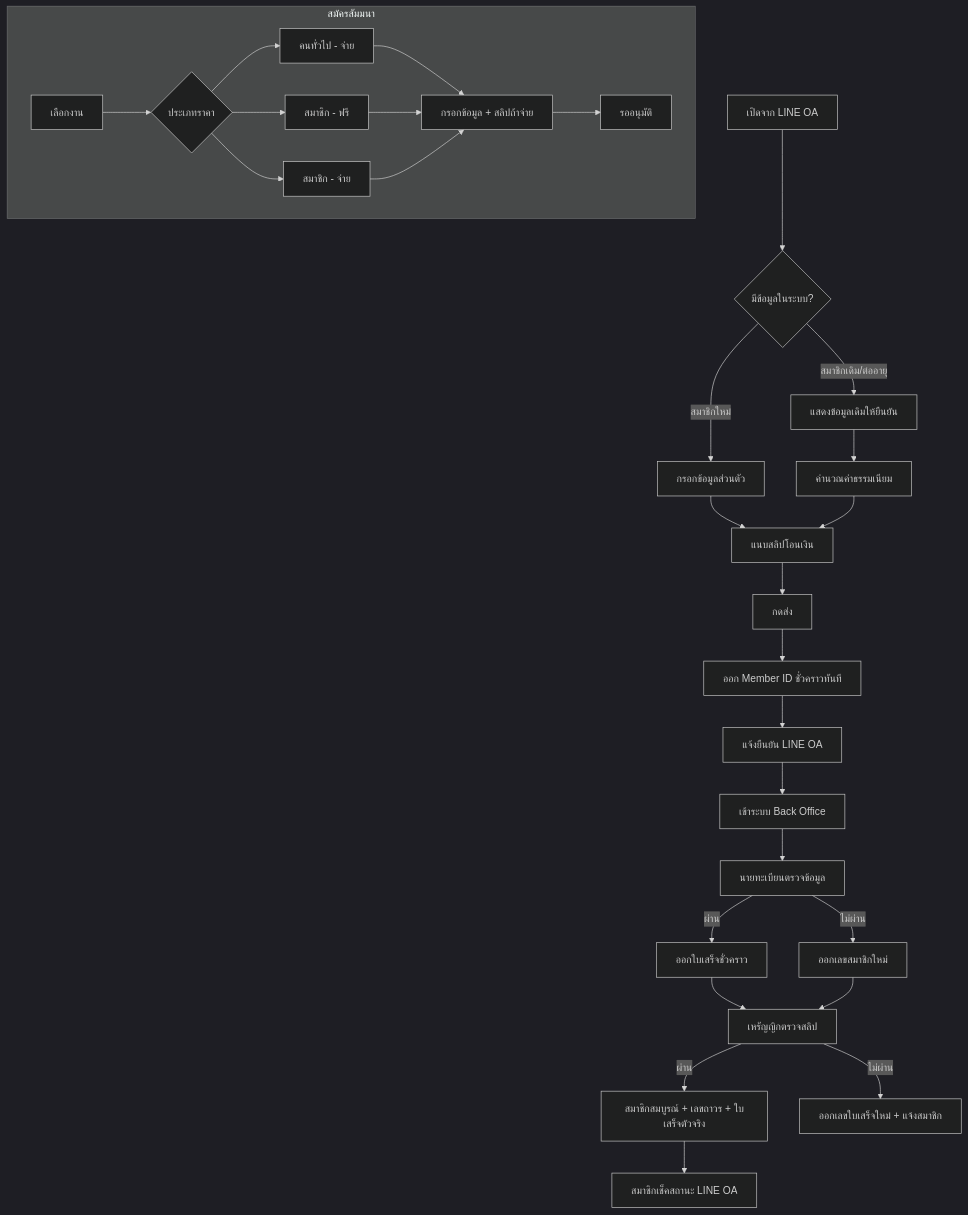
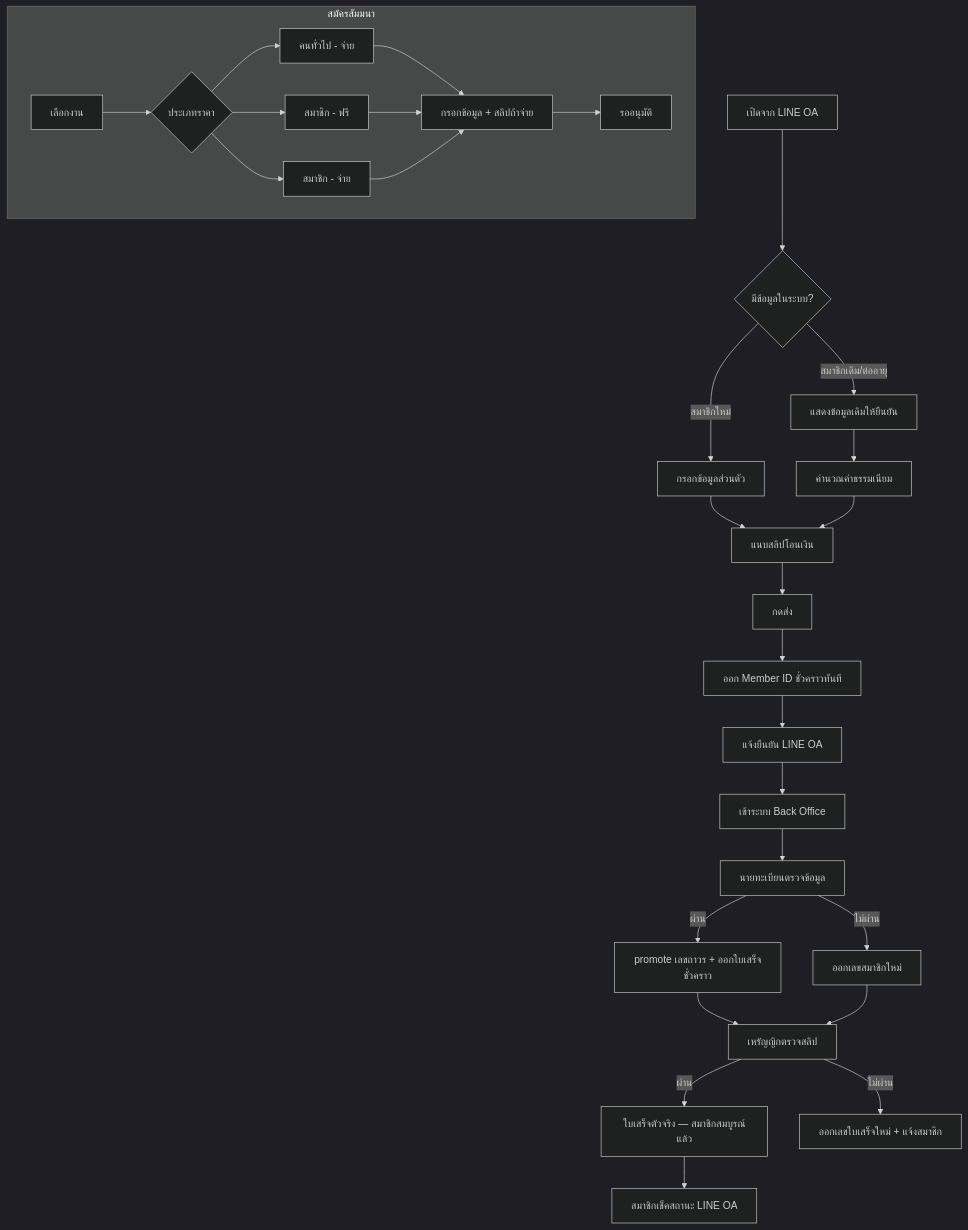
The second of 2 diagrams in .cursor/plans/verify_abta_flow_31477412.plan.md (Cakenomsod/Fastwork_ABTA), drawn with Mermaid (dark theme) before and after one commit. The commit also changed other lines of this file and 7 other files, not shown here.

Commit message:
Refine membership flow: updated to promote permanent membership after registrar approval, revised temporary receipt issuance, and enhanced documentation for legacy member verification and LINE UID binding. Adjusted workflows and status definitions for clarity.

````diff
--- a/.cursor/plans/verify_abta_flow_31477412.plan.md
+++ b/.cursor/plans/verify_abta_flow_31477412.plan.md
@@ -150,32 +150,32 @@
 ```mermaid
 flowchart TD
     start[เปิดจาก LINE OA] --> check{มีข้อมูลในระบบ?}
     check -->|สมาชิกเดิม/ต่ออายุ| show[แสดงข้อมูลเดิมให้ยืนยัน]
     check -->|สมาชิกใหม่| form[กรอกข้อมูลส่วนตัว]
     show --> pay[คำนวณค่าธรรมเนียม]
     form --> slip[แนบสลิปโอนเงิน]
     pay --> slip
     slip --> submit[กดส่ง]
     submit --> tempId[ออก Member ID ชั่วคราวทันที]
     tempId --> notify[แจ้งยืนยัน LINE OA]
     notify --> backoffice[เข้าระบบ Back Office]
     backoffice --> regReview[นายทะเบียนตรวจข้อมูล]
-    regReview -->|ผ่าน| tempReceipt[ออกใบเสร็จชั่วคราว]
+    regReview -->|ผ่าน| tempReceipt[promote เลขถาวร + ออกใบเสร็จชั่วคราว]
     regReview -->|ไม่ผ่าน| newMemberId[ออกเลขสมาชิกใหม่]
     tempReceipt --> treasReview[เหรัญญิกตรวจสลิป]
     newMemberId --> treasReview
-    treasReview -->|ผ่าน| approved[สมาชิกสมบูรณ์ + เลขถาวร + ใบเสร็จตัวจริง]
+    treasReview -->|ผ่าน| approved[ใบเสร็จตัวจริง — สมาชิกสมบูรณ์แล้ว]
     treasReview -->|ไม่ผ่าน| reject[ออกเลขใบเสร็จใหม่ + แจ้งสมาชิก]
     approved --> lineStatus[สมาชิกเช็คสถานะ LINE OA]
 
     subgraph seminar [สมัครสัมมนา]
         s1[เลือกงาน] --> s2{ประเภทราคา}
         s2 --> s3a[คนทั่วไป - จ่าย]
         s2 --> s3b[สมาชิก - ฟรี]
         s2 --> s3c[สมาชิก - จ่าย]
         s3a --> s4[กรอกข้อมูล + สลิปถ้าจ่าย]
         s3b --> s4
         s3c --> s4
         s4 --> s5[รออนุมัติ]
     end
 ```
````
